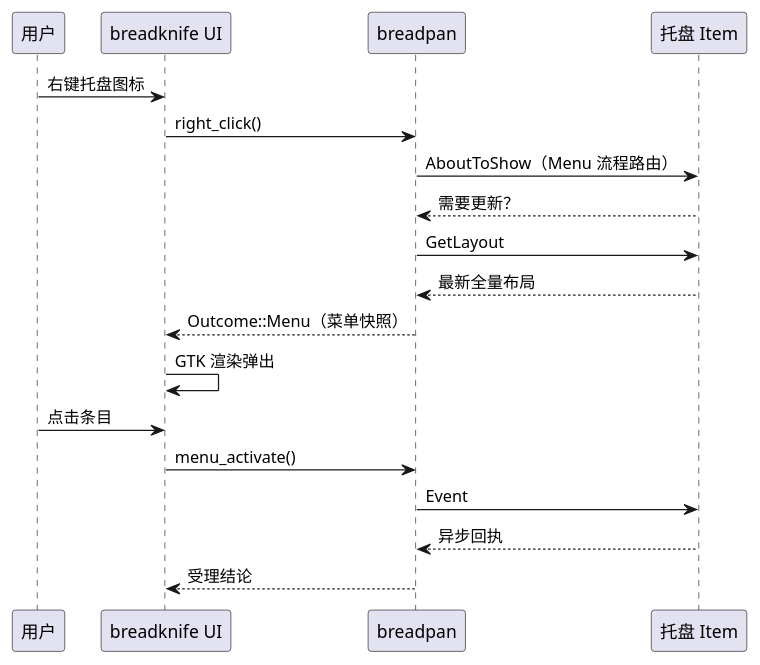
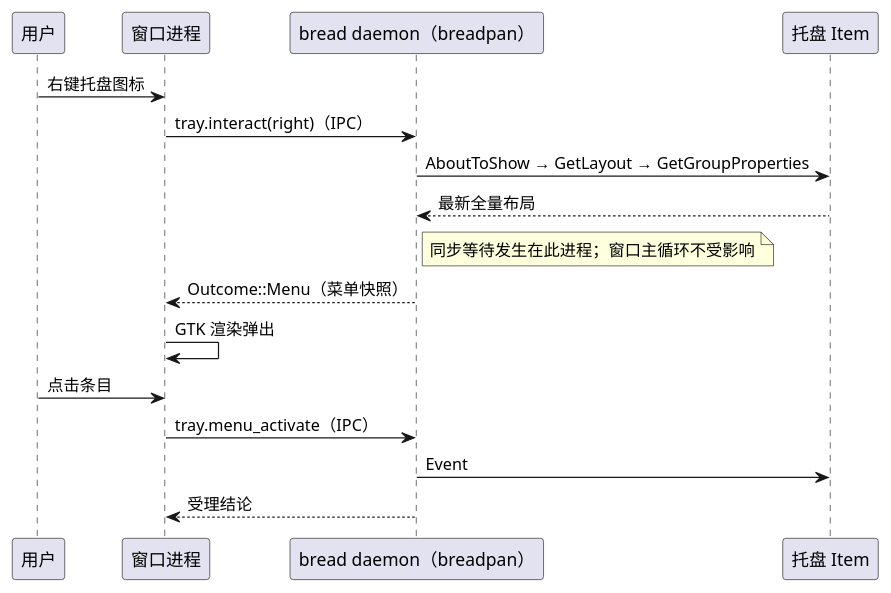
The diagram in diagram/breadknife-tray-menu.puml (54m43lJ/BreadKnife), drawn with PlantUML before and after one commit. The commit also changed 10 other files, not shown here.

Commit message:
docs(breadknife): 架构落档——daemon/窗口拆分（ARCH 重写 + 五图重绘）

```diff
--- a/diagram/breadknife-tray-menu.puml
+++ b/diagram/breadknife-tray-menu.puml
@@ -1,20 +1,18 @@
 @startuml breadknife-tray-menu
 participant 用户
-participant "breadknife UI" as ui
-participant breadpan
+participant "窗口进程" as win
+participant "bread daemon（breadpan）" as daemon
 participant "托盘 Item" as item
 
-用户 -> ui: 右键托盘图标
-ui -> breadpan: right_click()
-breadpan -> item: AboutToShow（Menu 流程路由）
-item --> breadpan: 需要更新？
-breadpan -> item: GetLayout
-item --> breadpan: 最新全量布局
-breadpan --> ui: Outcome::Menu（菜单快照）
-ui -> ui: GTK 渲染弹出
-用户 -> ui: 点击条目
-ui -> breadpan: menu_activate()
-breadpan -> item: Event
-item --> breadpan: 异步回执
-breadpan --> ui: 受理结论
+用户 -> win: 右键托盘图标
+win -> daemon: tray.interact(right)（IPC）
+daemon -> item: AboutToShow → GetLayout → GetGroupProperties
+item --> daemon: 最新全量布局
+note right of daemon: 同步等待发生在此进程；窗口主循环不受影响
+daemon --> win: Outcome::Menu（菜单快照）
+win -> win: GTK 渲染弹出
+用户 -> win: 点击条目
+win -> daemon: tray.menu_activate（IPC）
+daemon -> item: Event
+daemon --> win: 受理结论
 @enduml
```
